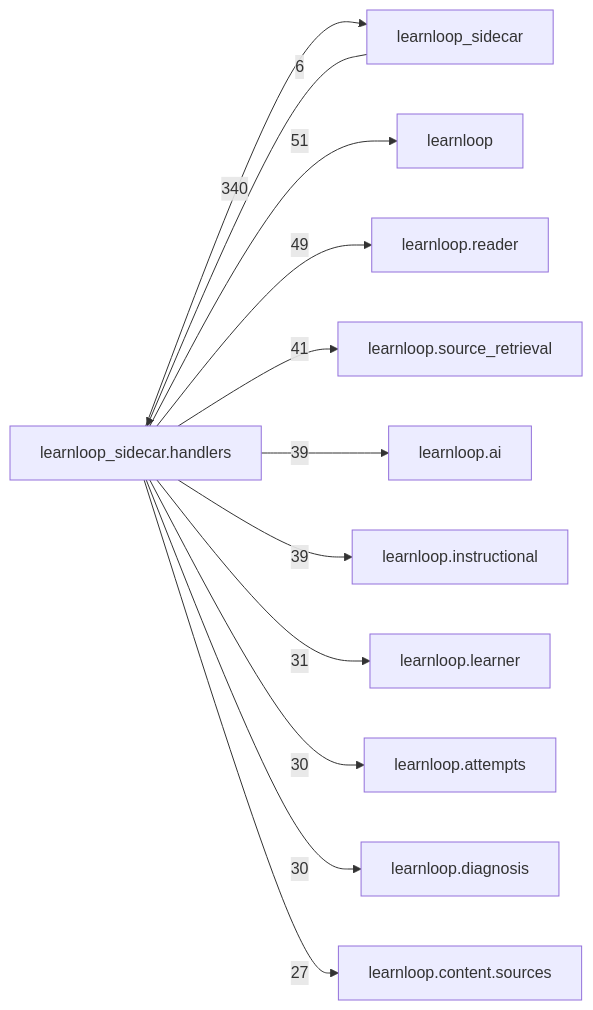
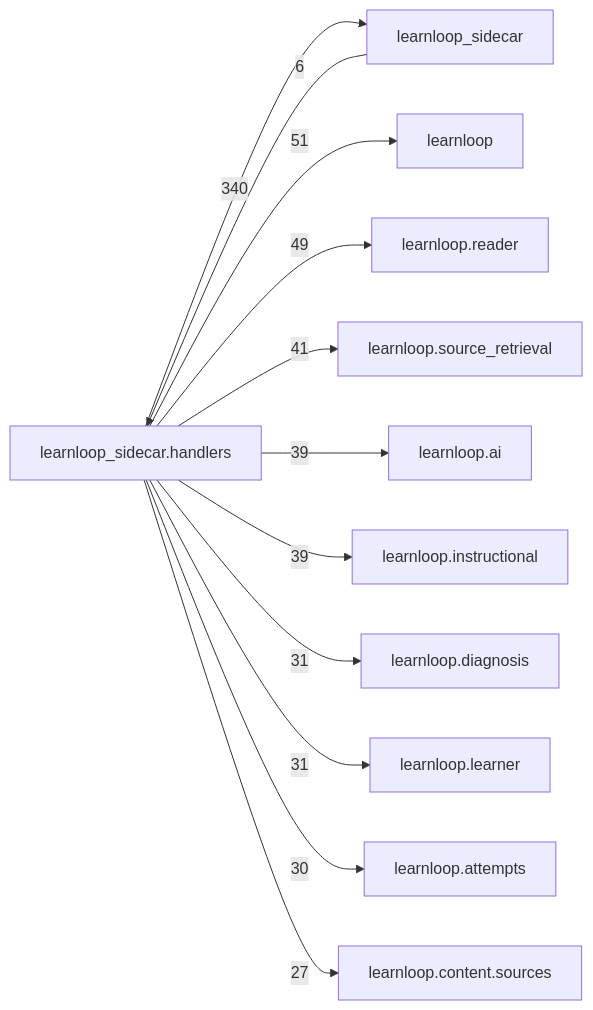
Before and after one commit to 6up-b/learnanything: the diagram in docs/learnloop-architecture-vault/Reference/Modules/learnloop_sidecar/handlers/_package.md, drawn with Mermaid. The commit also changed other lines of this file and 55 other files, not shown here.

````diff
--- a/docs/learnloop-architecture-vault/Reference/Modules/learnloop_sidecar/handlers/_package.md
+++ b/docs/learnloop-architecture-vault/Reference/Modules/learnloop_sidecar/handlers/_package.md
@@ -267,25 +267,25 @@
 ```mermaid
 flowchart LR
     center["learnloop_sidecar.handlers"]
     n_learnloop_sidecar["learnloop_sidecar"]
     n_learnloop["learnloop"]
     n_learnloop_reader["learnloop.reader"]
     n_learnloop_source_retrieval["learnloop.source_retrieval"]
     n_learnloop_ai["learnloop.ai"]
     n_learnloop_instructional["learnloop.instructional"]
+    n_learnloop_diagnosis["learnloop.diagnosis"]
     n_learnloop_learner["learnloop.learner"]
     n_learnloop_attempts["learnloop.attempts"]
-    n_learnloop_diagnosis["learnloop.diagnosis"]
     n_learnloop_content_sources["learnloop.content.sources"]
     n_learnloop_sidecar -->|6| center
     center -->|340| n_learnloop_sidecar
     center -->|51| n_learnloop
     center -->|49| n_learnloop_reader
     center -->|41| n_learnloop_source_retrieval
     center -->|39| n_learnloop_ai
     center -->|39| n_learnloop_instructional
+    center -->|31| n_learnloop_diagnosis
     center -->|31| n_learnloop_learner
     center -->|30| n_learnloop_attempts
-    center -->|30| n_learnloop_diagnosis
     center -->|27| n_learnloop_content_sources
 ```
````
